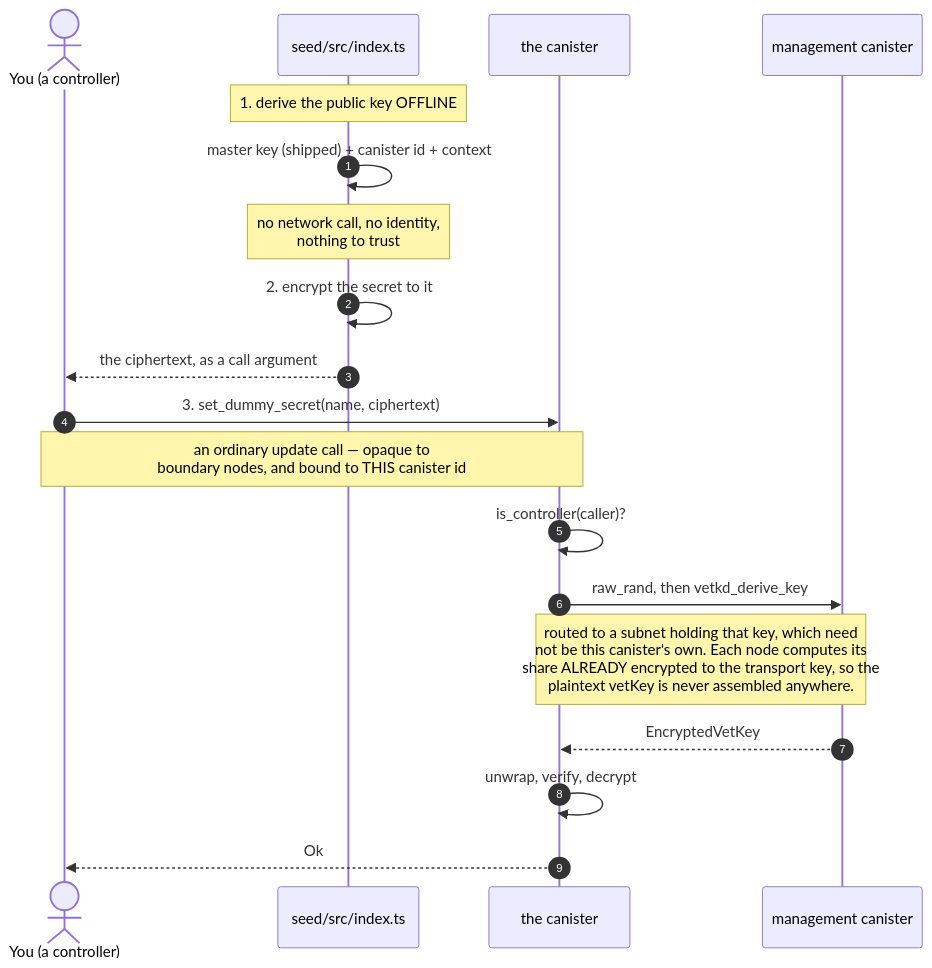
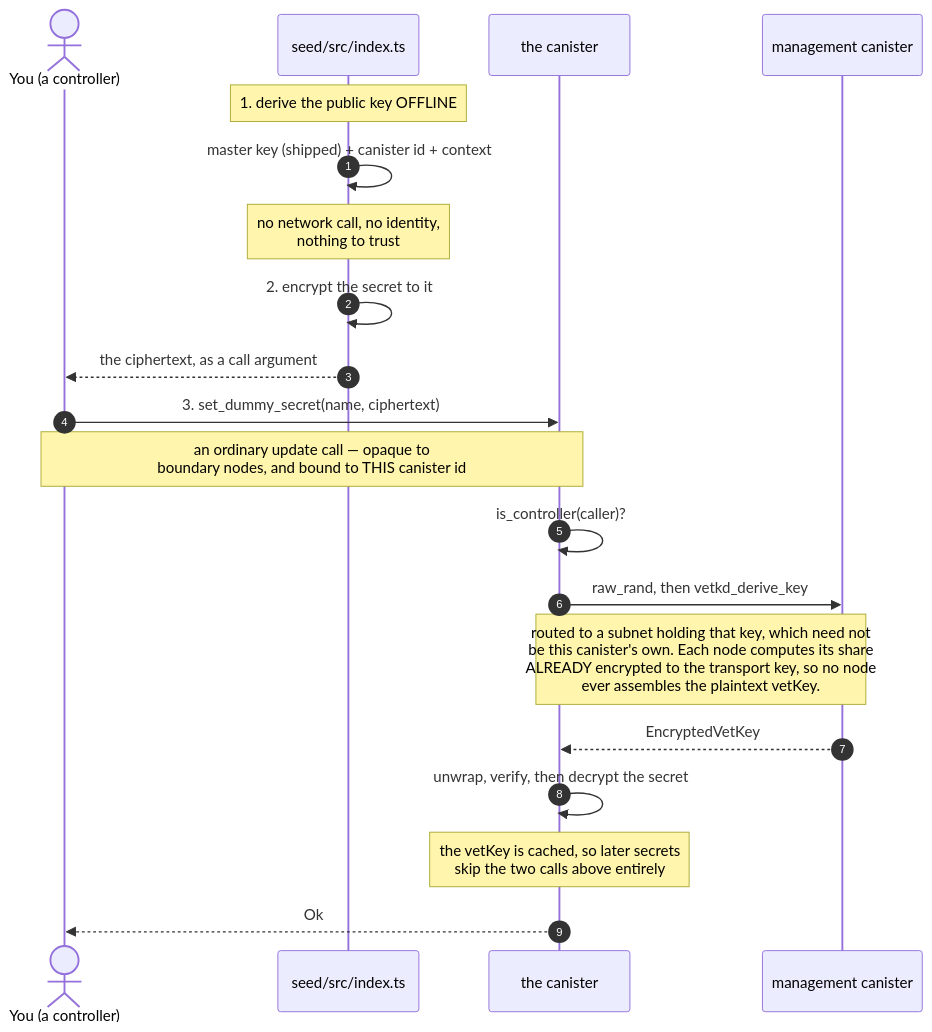
The diagram in README.md (marc0olo/icp-seeding-secrets-poc), drawn with Mermaid before and after one commit. The commit also changed other lines of this file and 5 other files, not shown here.

````diff
--- a/README.md
+++ b/README.md
@@ -59,25 +67,26 @@
 ```mermaid
 sequenceDiagram
     autonumber
     actor Dev as You (a controller)
     participant Script as seed/src/index.ts
     participant Can as the canister
     participant Mgmt as management canister
 
     Note over Script: 1. derive the public key OFFLINE
     Script->>Script: master key (shipped) + canister id + context
     Note over Script: no network call, no identity,<br/>nothing to trust
 
     Script->>Script: 2. encrypt the secret to it
     Script-->>Dev: the ciphertext, as a call argument
 
     Dev->>Can: 3. set_dummy_secret(name, ciphertext)
     Note over Dev,Can: an ordinary update call — opaque to<br/>boundary nodes, and bound to THIS canister id
     Can->>Can: is_controller(caller)?
 
     Can->>Mgmt: raw_rand, then vetkd_derive_key
-    Note over Can,Mgmt: routed to a subnet holding that key, which need<br/>not be this canister's own. Each node computes its<br/>share ALREADY encrypted to the transport key, so the<br/>plaintext vetKey is never assembled anywhere.
+    Note over Can,Mgmt: routed to a subnet holding that key, which need not<br/>be this canister's own. Each node computes its share<br/>ALREADY encrypted to the transport key, so no node<br/>ever assembles the plaintext vetKey.
     Mgmt-->>Can: EncryptedVetKey
-    Can->>Can: unwrap, verify, decrypt
+    Can->>Can: unwrap, verify, then decrypt the secret
+    Note over Can: the vetKey is cached, so later secrets<br/>skip the two calls above entirely
     Can-->>Dev: Ok
 ```
````
